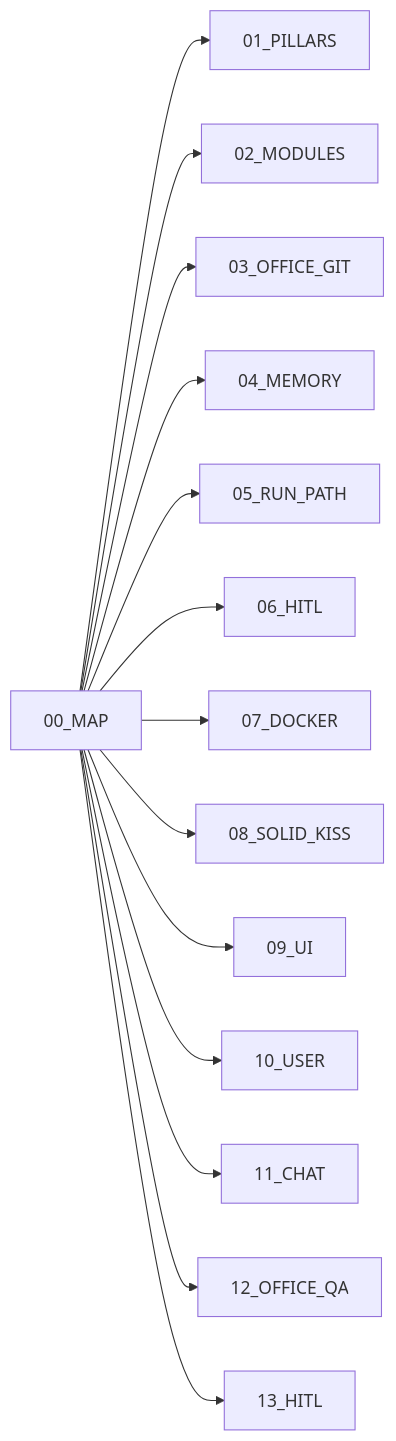
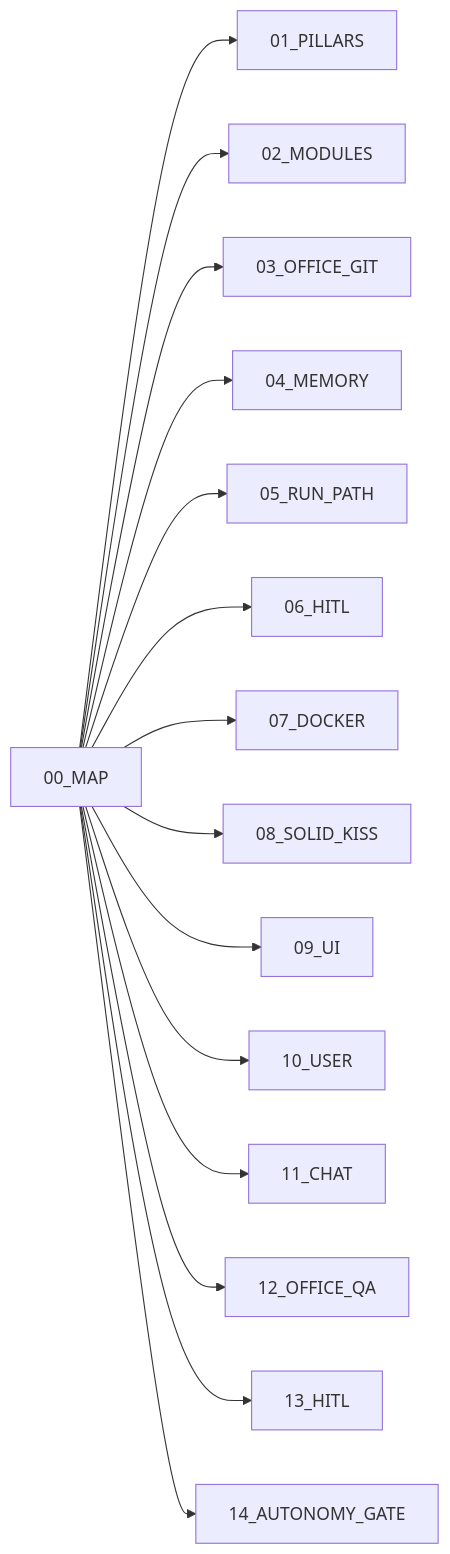
One commit to abhishekjasani/AgentAnyStack changed the diagram in docs/architecture/00_MAP.md. Above: the diagram before and after it, drawn with Mermaid. The commit also changed other lines of this file and 16 other files, not shown here.

Commit message:
feat: implement effective autonomy gate for external_send action in HITL approval process

````diff
--- a/docs/architecture/00_MAP.md
+++ b/docs/architecture/00_MAP.md
@@ -5,16 +5,17 @@
 ```mermaid
 flowchart LR
     MAP[00_MAP] --> P[01_PILLARS]
     MAP --> M[02_MODULES]
     MAP --> O[03_OFFICE_GIT]
     MAP --> MEM[04_MEMORY]
     MAP --> R[05_RUN_PATH]
     MAP --> H[06_HITL]
     MAP --> D[07_DOCKER]
     MAP --> S[08_SOLID_KISS]
     MAP --> U[09_UI]
     MAP --> USR[10_USER]
     MAP --> CH[11_CHAT]
     MAP --> OQ[12_OFFICE_QA]
     MAP --> H13[13_HITL]
+    MAP --> A14[14_AUTONOMY_GATE]
 ```
````
